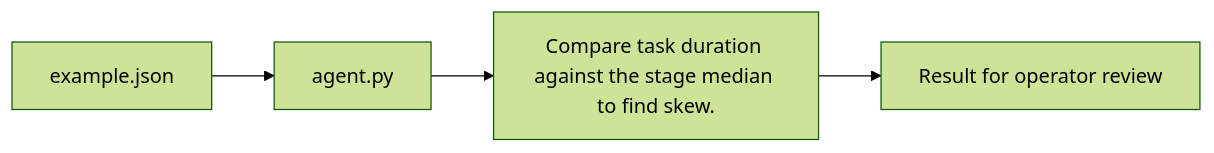
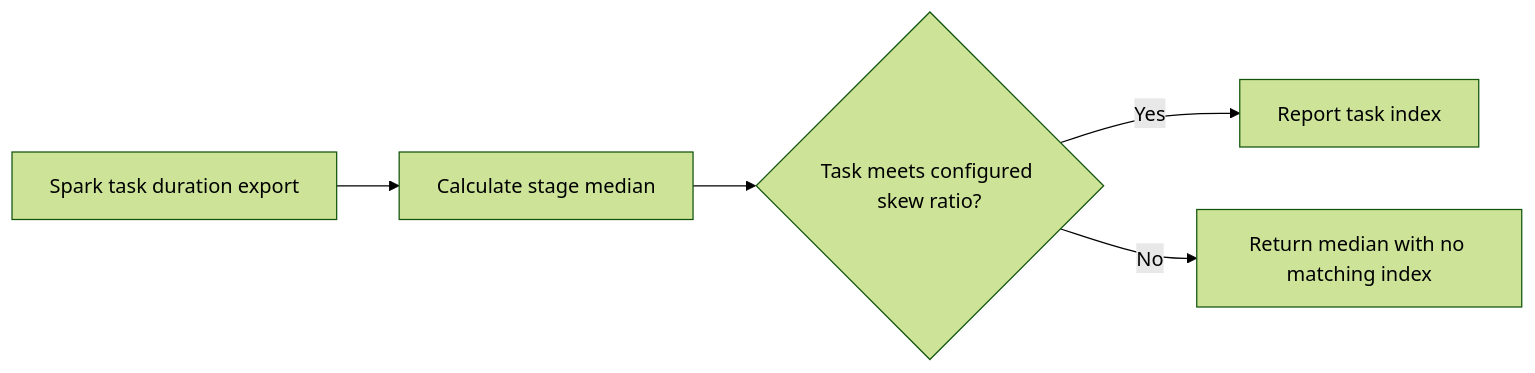
One commit to Klokesh493/adb-spark-performance-agent changed the diagram in docs/ARCHITECTURE.md. Above: the diagram before and after it, drawn with Mermaid (forest theme). The commit also changed 1 other file, not shown here.

Commit message:
Show the project decision flow in its README

````diff
--- a/docs/ARCHITECTURE.md
+++ b/docs/ARCHITECTURE.md
@@ -5,8 +5,11 @@
 ```mermaid
 flowchart LR
-    N0["example.json"]
-    N1["agent.py"]
-    N2["Compare task duration against the stage median to find skew."]
-    N3["Result for operator review"]
-    N0 --> N1 --> N2 --> N3
+    A["Spark task duration export"]
+    B["Calculate stage median"]
+    C{"Task meets configured skew ratio?"}
+    D["Report task index"]
+    E["Return median with no matching index"]
+    A --> B --> C
+    C -->|Yes| D
+    C -->|No| E
 ```
````
